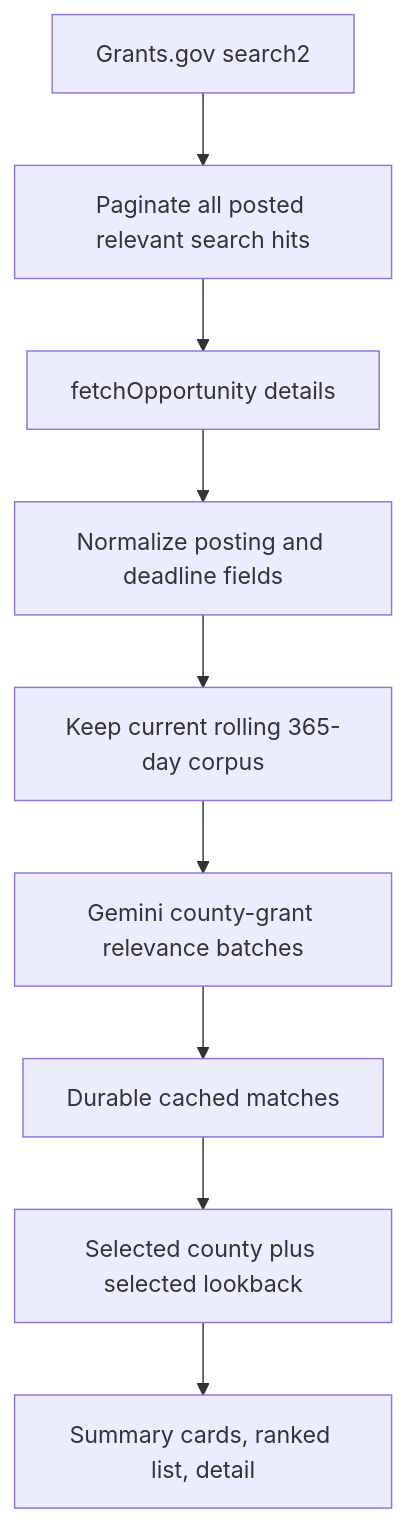
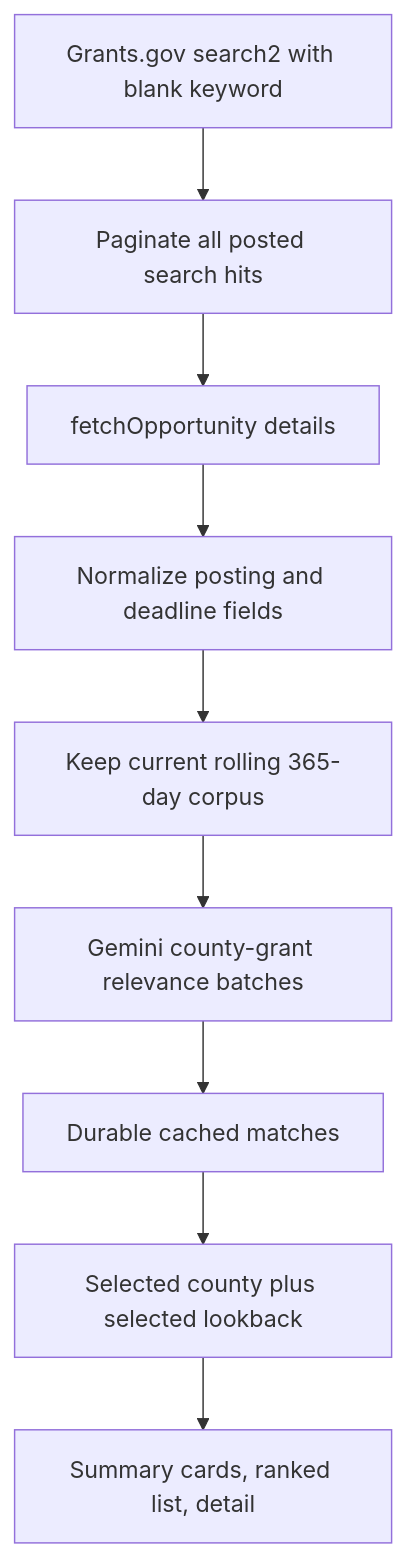
Before and after one commit to reaganwcisel123/CS5934: the diagram in documents/grant-funding-recommender-implementation.md, drawn with Mermaid. The commit also changed other lines of this file and 8 other files, not shown here.

Commit message:
Broaden future Grants.gov retrieval

````diff
--- a/documents/grant-funding-recommender-implementation.md
+++ b/documents/grant-funding-recommender-implementation.md
@@ -31,11 +30,11 @@
 ```mermaid
 flowchart TD
-  A[Grants.gov search2] --> B[Paginate all posted relevant search hits]
+  A[Grants.gov search2 with blank keyword] --> B[Paginate all posted search hits]
   B --> C[fetchOpportunity details]
   C --> D[Normalize posting and deadline fields]
   D --> E[Keep current rolling 365-day corpus]
   E --> F[Gemini county-grant relevance batches]
   F --> G[Durable cached matches]
   G --> H[Selected county plus selected lookback]
   H --> I[Summary cards, ranked list, detail]
 ```
````
